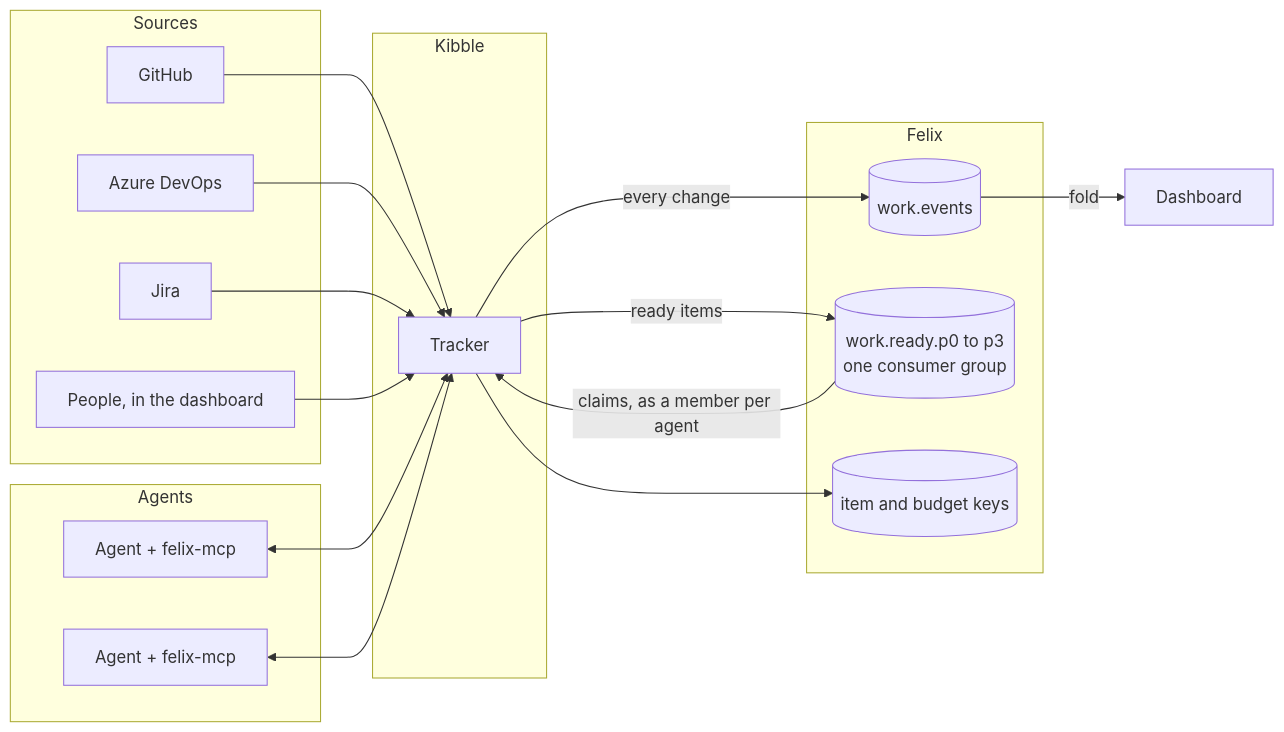
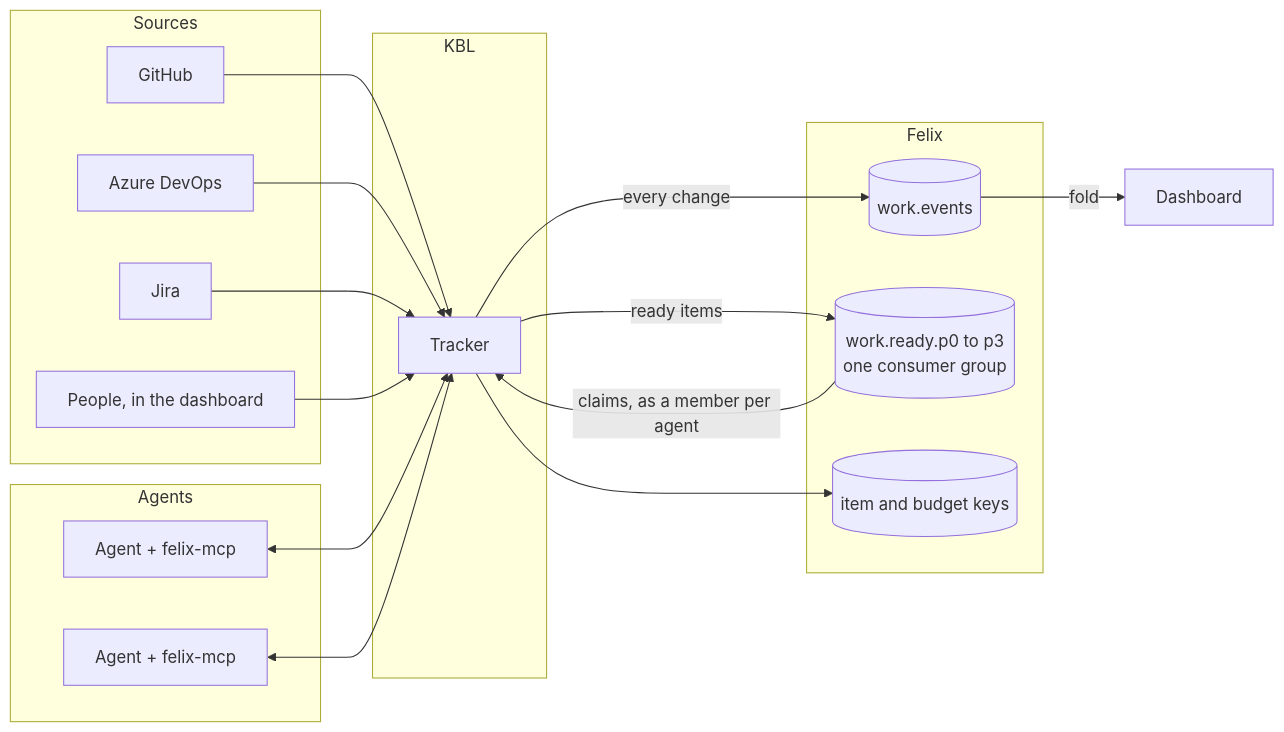
One commit to GetFelix/KBL changed the first of 3 diagrams in docs/work-tracker.md. Above: the diagram before and after it, drawn with Mermaid. The commit also changed other lines of this file and 10 other files, not shown here.

Commit message:
Name the tracker KBL (Kanban By Log, pronounced Kibble) (#172)

````diff
--- a/docs/work-tracker.md
+++ b/docs/work-tracker.md
@@ -69,33 +69,33 @@
 ```mermaid
 flowchart LR
     subgraph Sources
         GH[GitHub]
         ADO[Azure DevOps]
         JIRA[Jira]
         P[People, in the dashboard]
     end
     subgraph Agents
         A1[Agent + felix-mcp]
         A2[Agent + felix-mcp]
     end
-    subgraph Kibble
+    subgraph KBL
         T[Tracker]
     end
     subgraph Felix
         WE[(work.events)]
         RD[(work.ready.p0 to p3<br/>one consumer group)]
         KV[(item and budget keys)]
     end
     D[Dashboard]
     GH --> T
     ADO --> T
     JIRA --> T
     P --> T
     A1 <--> T
     A2 <--> T
     T -- every change --> WE
     T -- ready items --> RD
     RD -- claims, as a member per agent --> T
     T --> KV
     WE -- fold --> D
 ```
````
